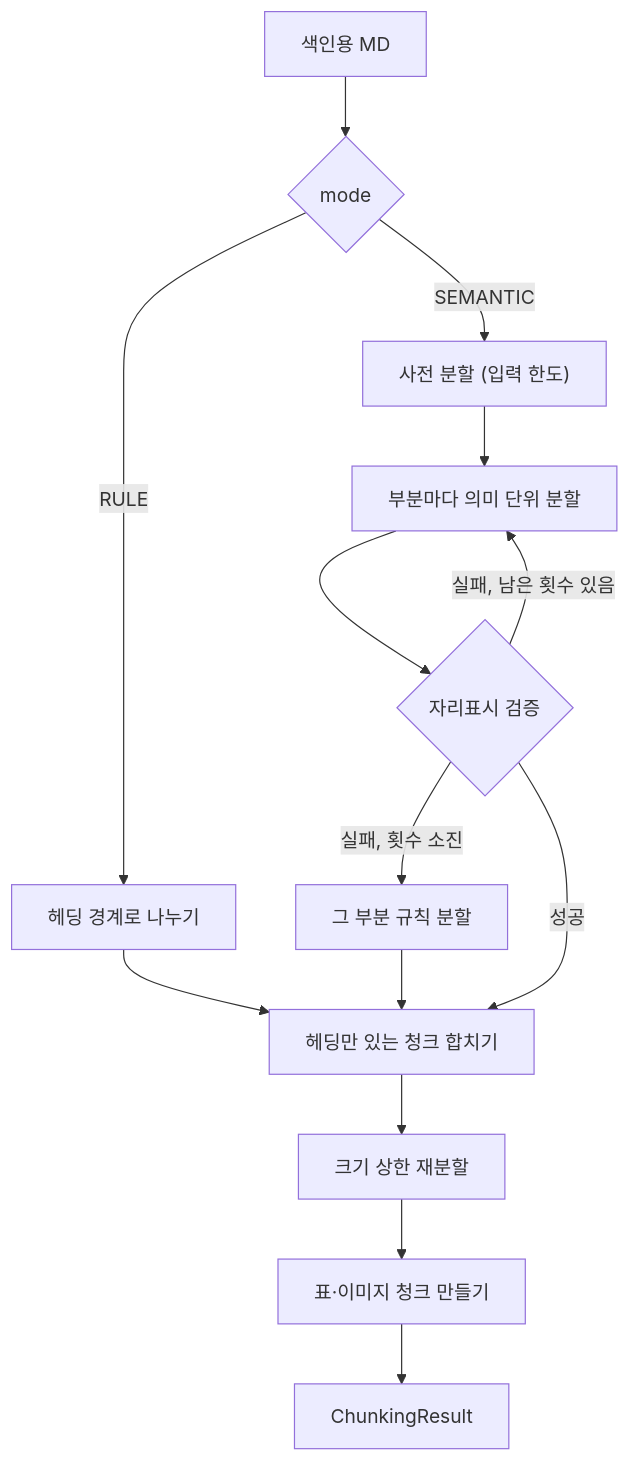
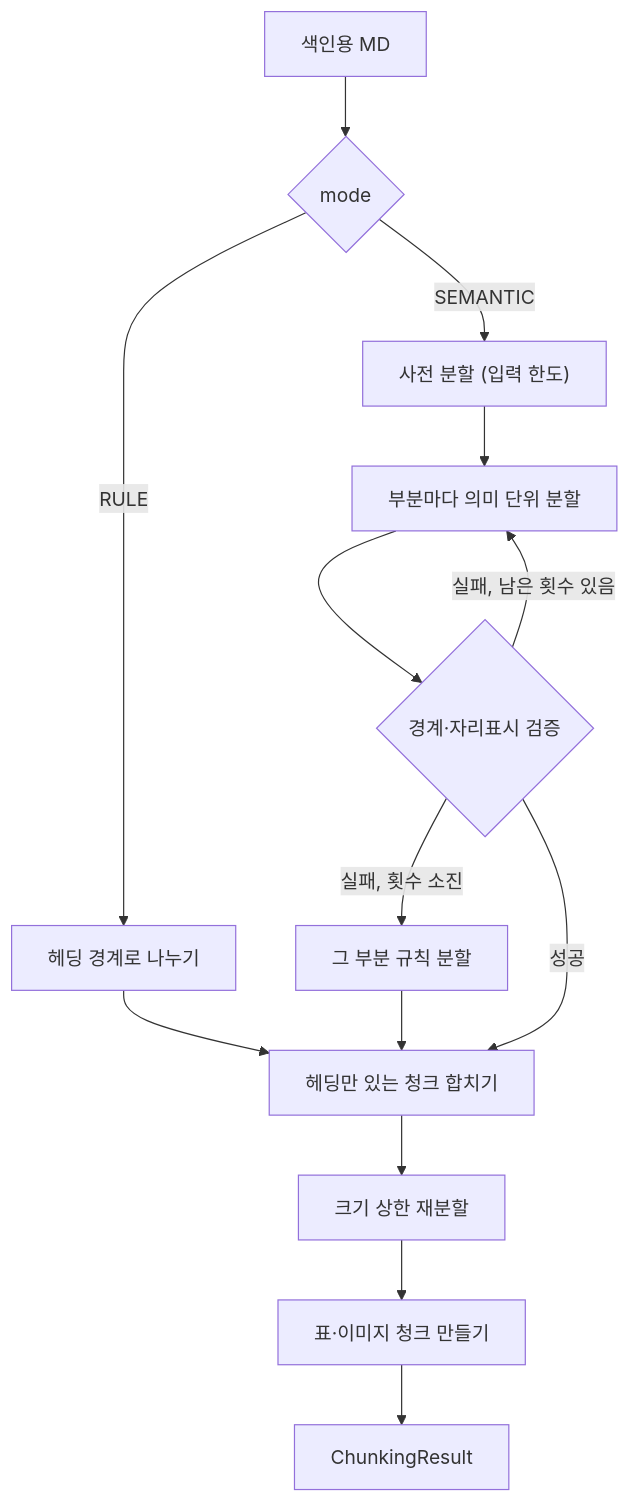
Before and after one commit to victor7-aquila/minerva: the diagram in apps/rag-server/src/minerva_rag/chunking/MODULE.md, drawn with Mermaid. The commit also changed other lines of this file and 19 other files, not shown here.

````diff
--- a/apps/rag-server/src/minerva_rag/chunking/MODULE.md
+++ b/apps/rag-server/src/minerva_rag/chunking/MODULE.md
@@ -214,16 +237,16 @@
 ```mermaid
 flowchart TB
     In["색인용 MD"] --> Mode{"mode"}
     Mode -->|RULE| Rule["헤딩 경계로 나누기"]
     Mode -->|SEMANTIC| Pre["사전 분할 (입력 한도)"]
     Pre --> Sem["부분마다 의미 단위 분할"]
-    Sem --> Check{"자리표시 검증"}
+    Sem --> Check{"경계·자리표시 검증"}
     Check -->|실패, 남은 횟수 있음| Sem
     Check -->|실패, 횟수 소진| Fallback["그 부분 규칙 분할"]
     Check -->|성공| Merge
     Rule --> Merge["헤딩만 있는 청크 합치기"]
     Fallback --> Merge
     Merge --> Resplit["크기 상한 재분할"]
     Resplit --> Asset["표·이미지 청크 만들기"]
     Asset --> Out["ChunkingResult"]
 ```
````
